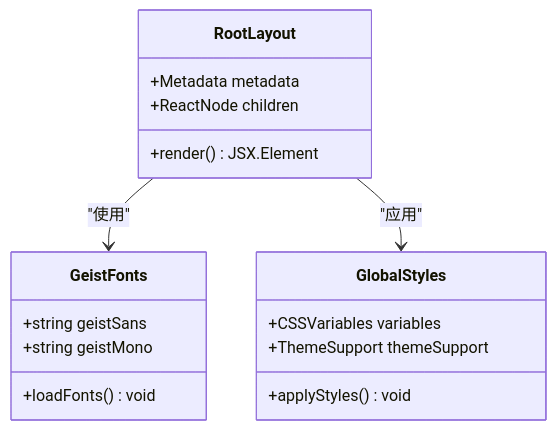
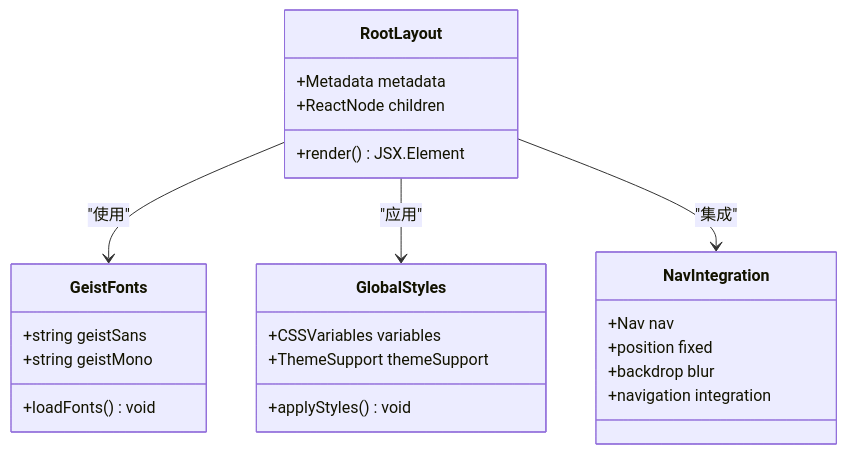
One commit to caoLei1997/Blog changed the second of 5 diagrams in .qoder/repowiki/zh/content/组件开发指南/App Router 使用.md. Above: the diagram before and after it, drawn with Mermaid. The commit also changed other lines of this file and 27 other files, not shown here.

````diff
--- a/.qoder/repowiki/zh/content/组件开发指南/App Router 使用.md
+++ b/.qoder/repowiki/zh/content/组件开发指南/App Router 使用.md
@@ -77,20 +118,27 @@
 ```mermaid
 classDiagram
 class RootLayout {
 +Metadata metadata
 +ReactNode children
 +render() JSX.Element
 }
 class GeistFonts {
 +string geistSans
 +string geistMono
 +loadFonts() void
 }
 class GlobalStyles {
 +CSSVariables variables
 +ThemeSupport themeSupport
 +applyStyles() void
 }
+class NavIntegration {
++Nav nav
++position fixed
++backdrop blur
++navigation integration
+}
 RootLayout --> GeistFonts : "使用"
 RootLayout --> GlobalStyles : "应用"
+RootLayout --> NavIntegration : "集成"
 ```
````
